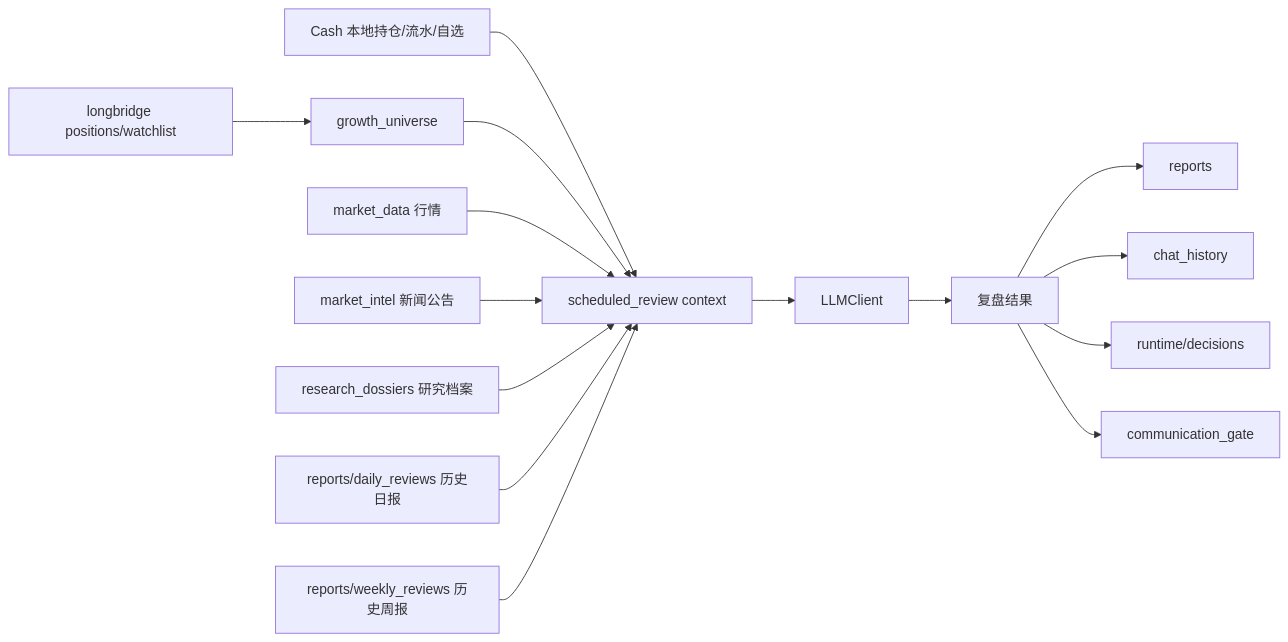
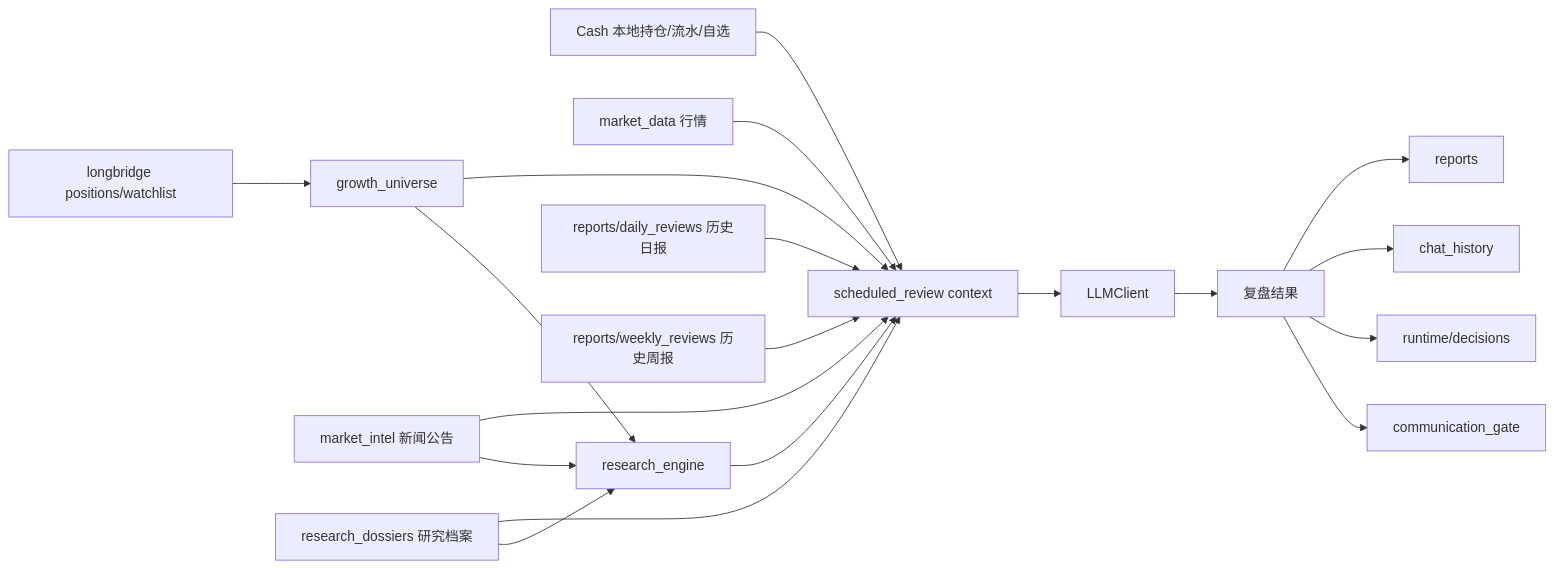
The fourth of 4 diagrams in docs/需求分析文档.md (dyccodehome/private-investment-butler), drawn with Mermaid before and after one commit. The commit also changed other lines of this file and 10 other files, not shown here.

Commit message:
Add Growth research engine MVP

````diff
--- a/docs/需求分析文档.md
+++ b/docs/需求分析文档.md
@@ -230,17 +260,21 @@
 ```mermaid
 flowchart LR
   A["Cash 本地持仓/流水/自选"] --> C["scheduled_review context"]
   B["longbridge positions/watchlist"] --> D["growth_universe"]
   D --> C
   E["market_data 行情"] --> C
   F["market_intel 新闻公告"] --> C
   G["research_dossiers 研究档案"] --> C
+  D --> R["research_engine"]
+  F --> R
+  G --> R
+  R --> C
   H["reports/daily_reviews 历史日报"] --> C
   I["reports/weekly_reviews 历史周报"] --> C
   C --> J["LLMClient"]
   J --> K["复盘结果"]
   K --> L["reports"]
   K --> M["chat_history"]
   K --> N["runtime/decisions"]
   K --> O["communication_gate"]
 ```
````
